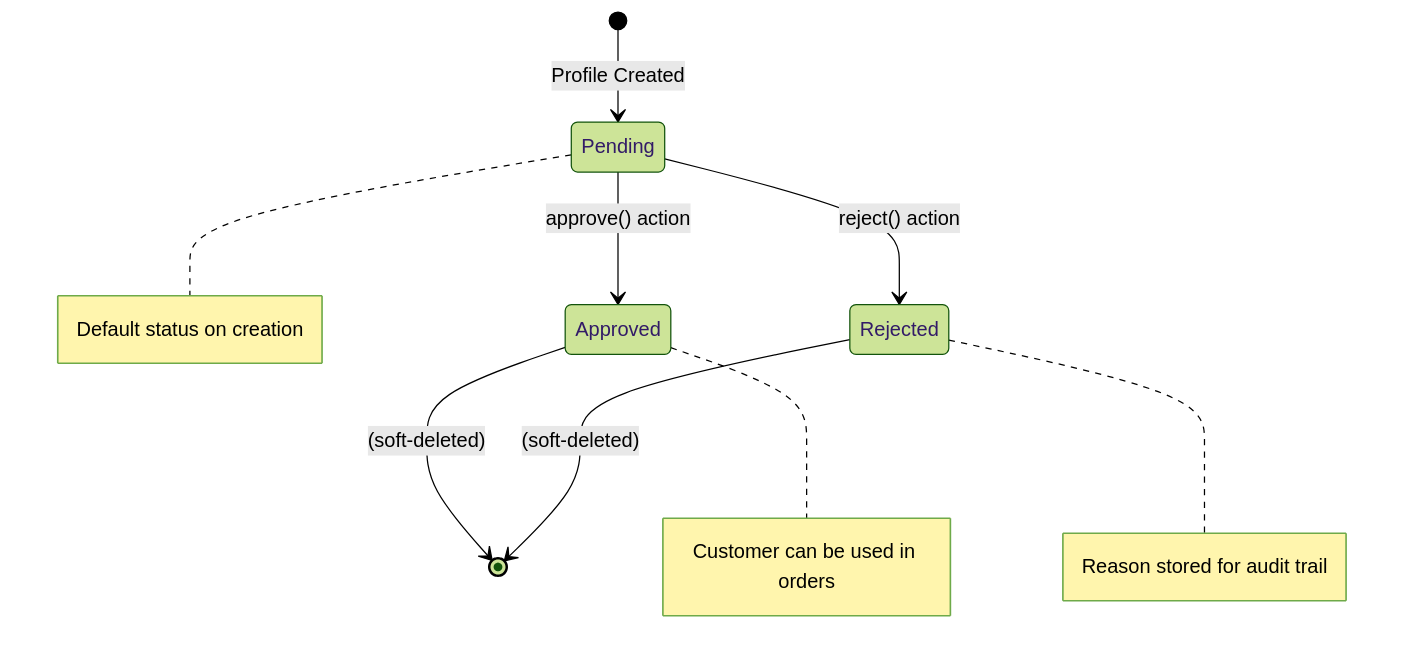
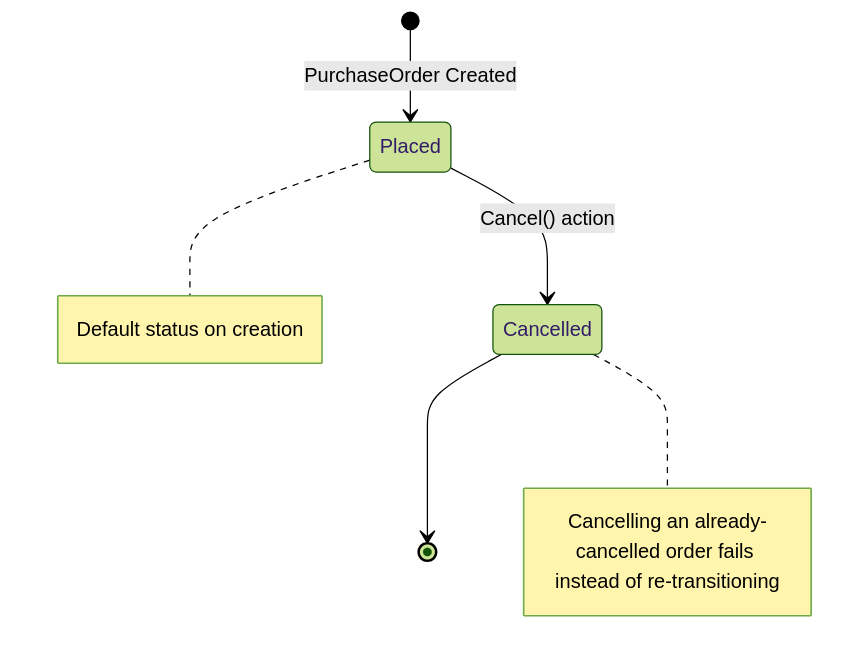
Before and after one commit to baoduy/DKNet.Templates: the third of 4 diagrams in .github/skills/dknet-feature-documentation/SKILL.md, drawn with Mermaid (forest theme). The commit also changed other lines of this file and 66 other files, not shown here.

First line of the commit message:
docs(D711-3): rewrite docs and AI guidance through PurchaseOrder/Product samples

````diff
--- a/.github/skills/dknet-feature-documentation/SKILL.md
+++ b/.github/skills/dknet-feature-documentation/SKILL.md
@@ -291,14 +281,11 @@
 ```mermaid
 stateDiagram-v2
-    [*] --> Pending : Profile Created
+    [*] --> Placed : PurchaseOrder Created
 
-    Pending --> Approved : approve() action
-    Pending --> Rejected : reject() action
+    Placed --> Cancelled : Cancel() action
 
-    Approved --> [*] : (soft-deleted)
-    Rejected --> [*] : (soft-deleted)
+    Cancelled --> [*]
 
-    note right of Pending : Default status on creation
-    note right of Approved : Customer can be used in orders
-    note right of Rejected : Reason stored for audit trail
+    note right of Placed : Default status on creation
+    note right of Cancelled : Cancelling an already-cancelled order fails instead of re-transitioning
 ```
````
